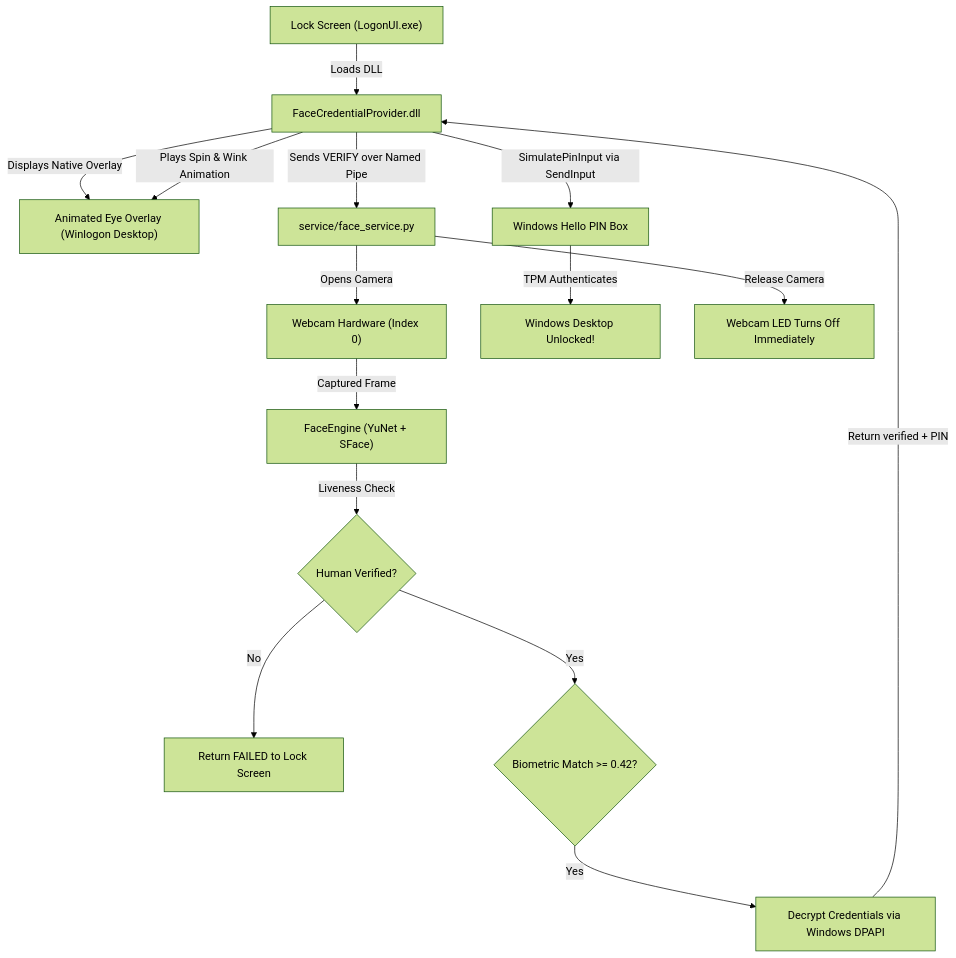
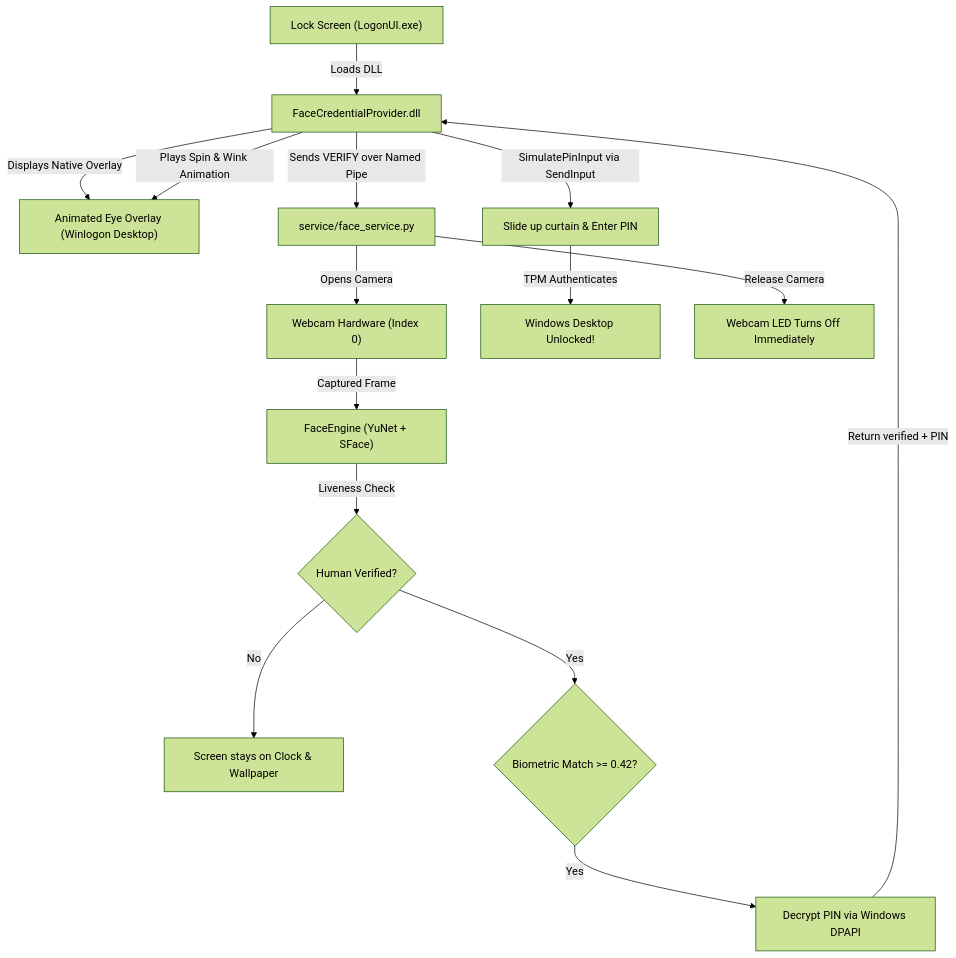
Before and after one commit to aryandas079/Windows-Hello-Refined: the diagram in README.md, drawn with Mermaid (forest theme). The commit also changed other lines of this file and 7 other files, not shown here.

````diff
--- a/README.md
+++ b/README.md
@@ -202,17 +131,17 @@
 ```mermaid
 flowchart TD
     A["Lock Screen (LogonUI.exe)"] -->|Loads DLL| B["FaceCredentialProvider.dll"]
     B -->|Displays Native Overlay| C["Animated Eye Overlay (Winlogon Desktop)"]
     B -->|Sends VERIFY over Named Pipe| D["service/face_service.py"]
     D -->|Opens Camera| E["Webcam Hardware (Index 0)"]
     E -->|Captured Frame| F["FaceEngine (YuNet + SFace)"]
     F -->|Liveness Check| G{"Human Verified?"}
-    G -- No --> H["Return FAILED to Lock Screen"]
+    G -- No --> H["Screen stays on Clock & Wallpaper"]
     G -- Yes --> I{"Biometric Match >= 0.42?"}
-    I -- Yes --> J["Decrypt Credentials via Windows DPAPI"]
+    I -- Yes --> J["Decrypt PIN via Windows DPAPI"]
     J -->|Return verified + PIN| B
     B -->|Plays Spin & Wink Animation| C
-    B -->|SimulatePinInput via SendInput| K["Windows Hello PIN Box"]
+    B -->|SimulatePinInput via SendInput| K["Slide up curtain & Enter PIN"]
     K -->|TPM Authenticates| L["Windows Desktop Unlocked!"]
     D -->|Release Camera| M["Webcam LED Turns Off Immediately"]
 ```
````
